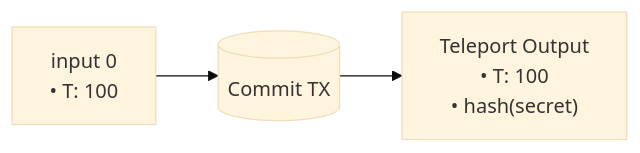
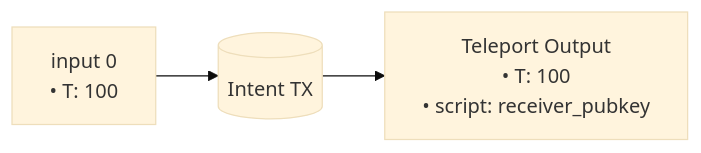
The ninth of 13 diagrams in Arkade-Assets-Documentation.md (ArkLabsHQ/arkade-assets), drawn with Mermaid (base theme) before and after one commit. The commit also changed other lines of this file and 2 other files, not shown here.

Commit message:
feat: Revamped teleport system to use direct script commitments for outputs and include `vin` and `intent_txid` in teleport input witnesses.

````diff
--- a/Arkade-Assets-Documentation.md
+++ b/Arkade-Assets-Documentation.md
@@ -1249,7 +1245,7 @@
 ```mermaid
 flowchart LR
-  CommitTX[(Commit TX)]
-  i0["input 0<br/>• T: 100"] --> CommitTX
-  CommitTX --> o_teleport["Teleport Output<br/>• T: 100<br/>• hash(secret)"]
+  IntentTX[(Intent TX)]
+  i0["input 0<br/>• T: 100"] --> IntentTX
+  IntentTX --> o_teleport["Teleport Output<br/>• T: 100<br/>• script: receiver_pubkey"]
 
 ```
````
